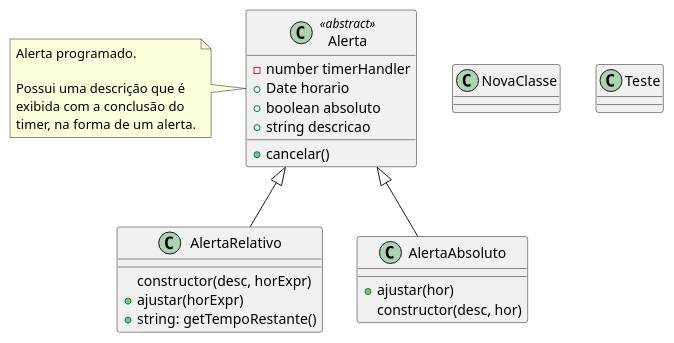
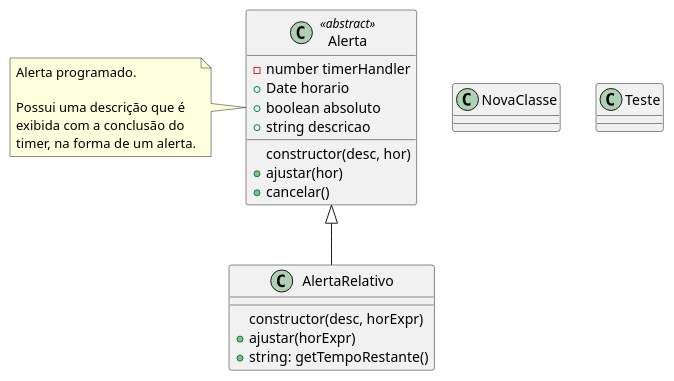
Before and after one commit to ruipimentel/plantuml-demo: the diagram in classes.puml, drawn with PlantUML.

Commit message:
Eleimina a Classe "AlertaAbsoluto".
-Elimina apenas a classe suas funcionalidades foram incorporadas da classe mãe("Alerta").

```diff
--- a/classes.puml
+++ b/classes.puml
@@ -1,36 +1,32 @@
 @startuml "Classes"
 
 top to bottom direction
 
 class NovaClasse{
 
 }
 
 class Alerta <<abstract>> {
+  constructor(desc, hor)
+  + ajustar(hor)
   - number timerHandler
   + Date horario
   + boolean absoluto
   + string descricao
   + cancelar()
 }
 note left of Alerta : Alerta programado.\n\nPossui uma descrição que é\nexibida com a conclusão do\ntimer, na forma de um alerta.
 
 class AlertaRelativo {
   constructor(desc, horExpr)
   + ajustar(horExpr)
   + string: getTempoRestante()
 }
 
-class AlertaAbsoluto {
-  + ajustar(hor)
-  constructor(desc, hor)
-}
-
 class Teste{
 
 }
 
 Alerta <|-- AlertaRelativo
-Alerta <|-- AlertaAbsoluto
 
 @enduml
```
